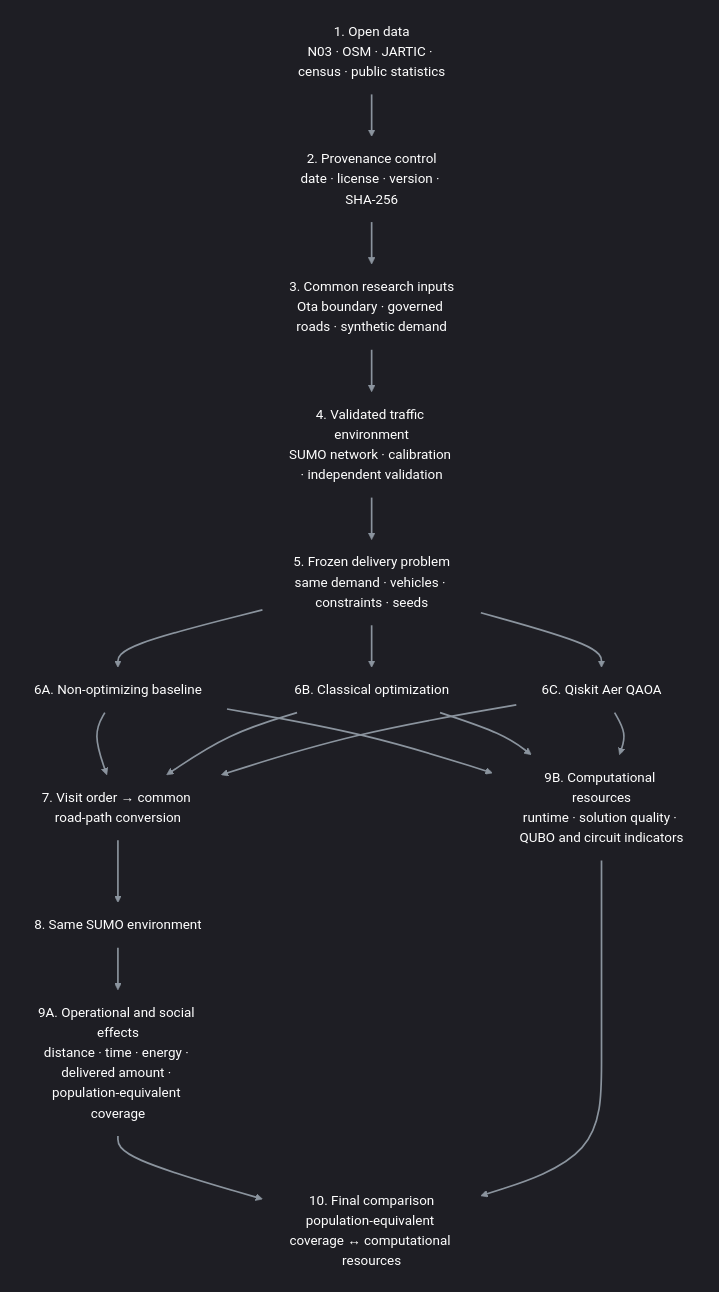
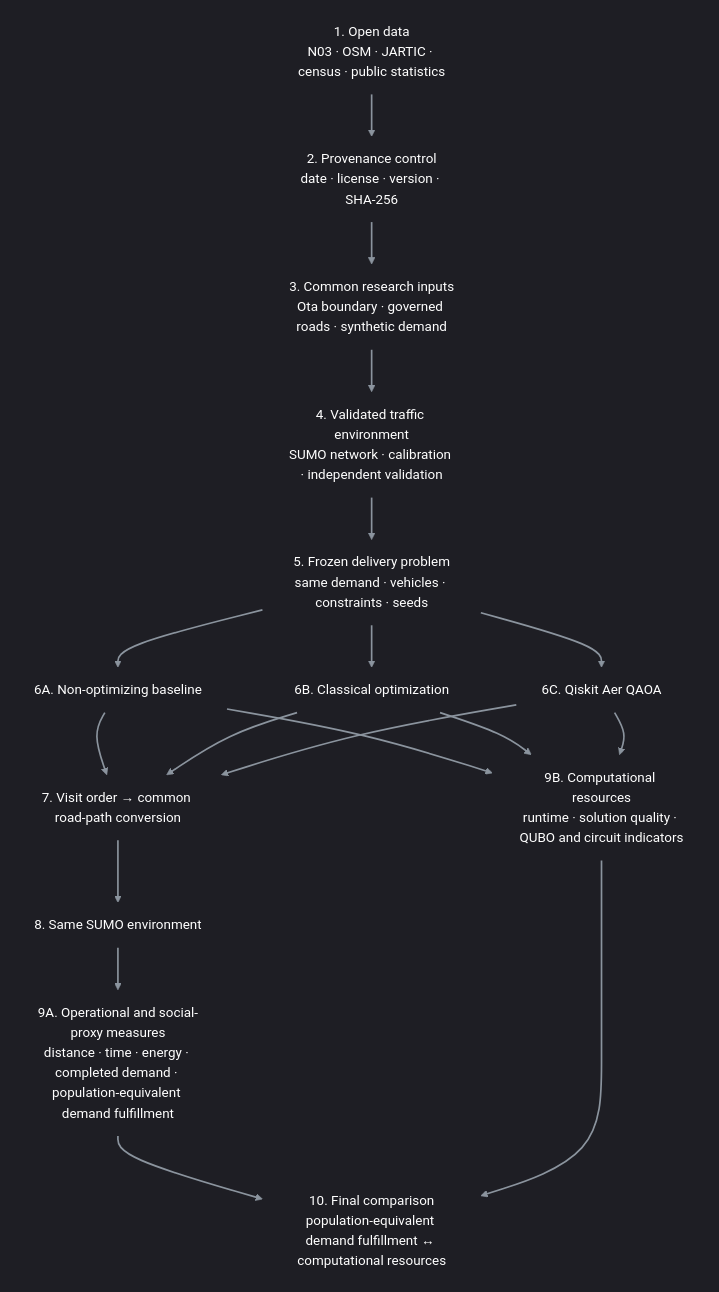
Before and after one commit to tkm-sano/kmd-analysis: the first of 2 diagrams in README.md, drawn with Mermaid. The commit also changed other lines of this file and 4 other files, not shown here.

````diff
--- a/README.md
+++ b/README.md
@@ -67,36 +67,36 @@
 ```mermaid
 %%{init: {"theme": "dark", "themeVariables": {"background": "#0d1117", "lineColor": "#8b949e", "textColor": "#ffffff"}}}%%
 flowchart TD
     D1["1. Open data<br/>N03 · OSM · JARTIC · census · public statistics"]
     D2["2. Provenance control<br/>date · license · version · SHA-256"]
     D3["3. Common research inputs<br/>Ota boundary · governed roads · synthetic demand"]
     D4["4. Validated traffic environment<br/>SUMO network · calibration · independent validation"]
     D5["5. Frozen delivery problem<br/>same demand · vehicles · constraints · seeds"]
 
     M1["6A. Non-optimizing baseline"]
     M2["6B. Classical optimization"]
     M3["6C. Qiskit Aer QAOA"]
 
     D6["7. Visit order → common road-path conversion"]
     D7["8. Same SUMO environment"]
-    E1["9A. Operational and social effects<br/>distance · time · energy · delivered amount · population-equivalent coverage"]
+    E1["9A. Operational and social-proxy measures<br/>distance · time · energy · completed demand · population-equivalent demand fulfillment"]
     E2["9B. Computational resources<br/>runtime · solution quality · QUBO and circuit indicators"]
-    D8["10. Final comparison<br/>population-equivalent coverage ↔ computational resources"]
+    D8["10. Final comparison<br/>population-equivalent demand fulfillment ↔ computational resources"]
 
     D1 --> D2 --> D3 --> D4 --> D5
     D5 --> M1
     D5 --> M2
     D5 --> M3
     M1 --> D6
     M2 --> D6
     M3 --> D6
     D6 --> D7 --> E1 --> D8
     M1 --> E2
     M2 --> E2
     M3 --> E2
     E2 --> D8
 
     classDef textOnly fill:none,stroke:none,color:#ffffff;
     class D1,D2,D3,D4,D5,M1,M2,M3,D6,D7,E1,E2,D8 textOnly;
     linkStyle default stroke:#8b949e,stroke-width:2px;
 ```
````
